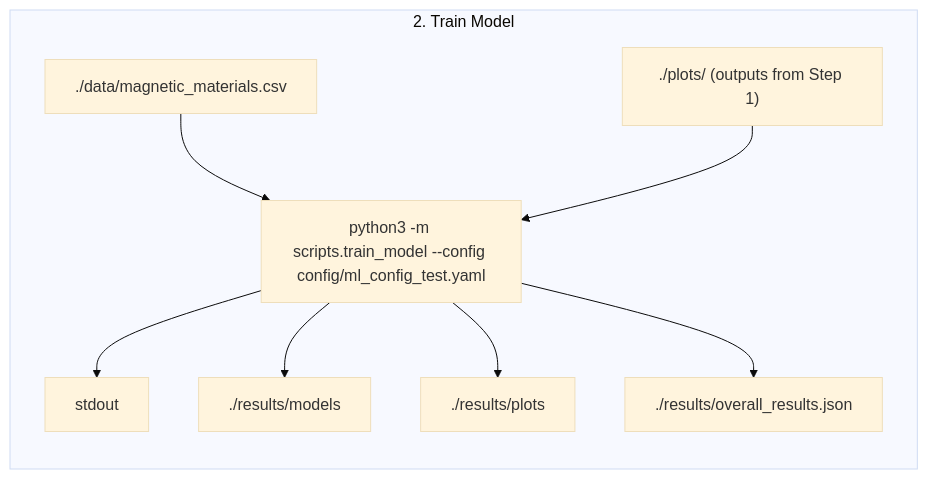
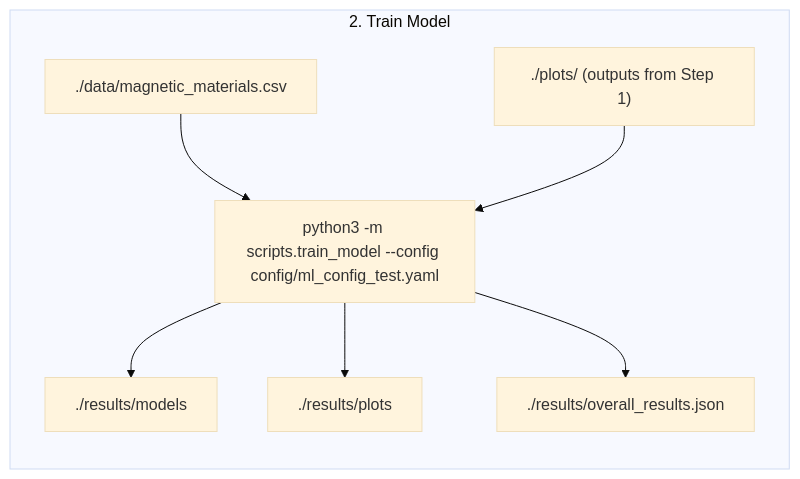
Before and after one commit to MaMMoS-project/ML-models: the second of 2 diagrams in beyond-stoner-wohlfarth/single-grain-multi-angle-model/README.md, drawn with Mermaid (base theme).

Commit message:
test flow chart multi-angle model

````diff
--- a/beyond-stoner-wohlfarth/single-grain-multi-angle-model/README.md
+++ b/beyond-stoner-wohlfarth/single-grain-multi-angle-model/README.md
@@ -51,18 +51,17 @@
 ```mermaid
 flowchart LR
 
     subgraph cluster_1["2. Train Model"]
         direction TB
 
         A1["./data/magnetic_materials.csv"]
         A2["./plots/ (outputs from Step 1)"]
 
         A1 --> B1["python3 -m scripts.train_model --config config/ml_config_test.yaml"]
         A2 --> B1
 
-        B1 --> O0["stdout"]
         B1 --> O1["./results/models"]
         B1 --> O2["./results/plots"]
         B1 --> O3["./results/overall_results.json"]
     end
 ```
````
